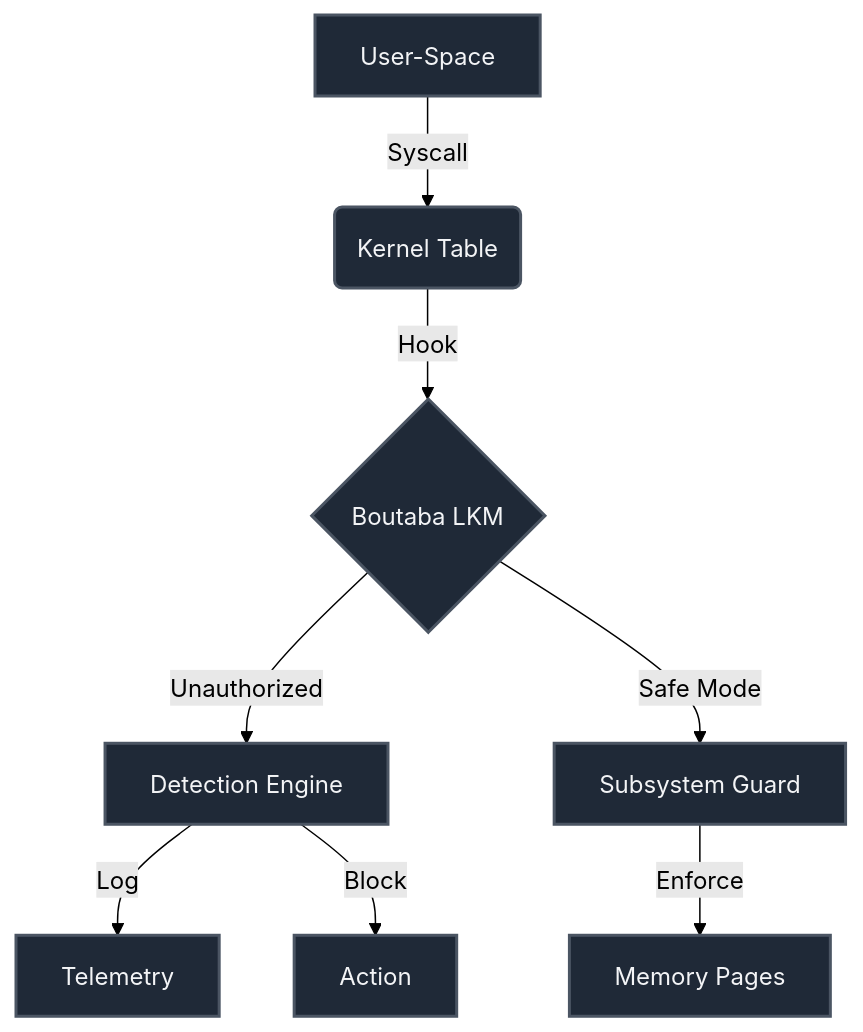
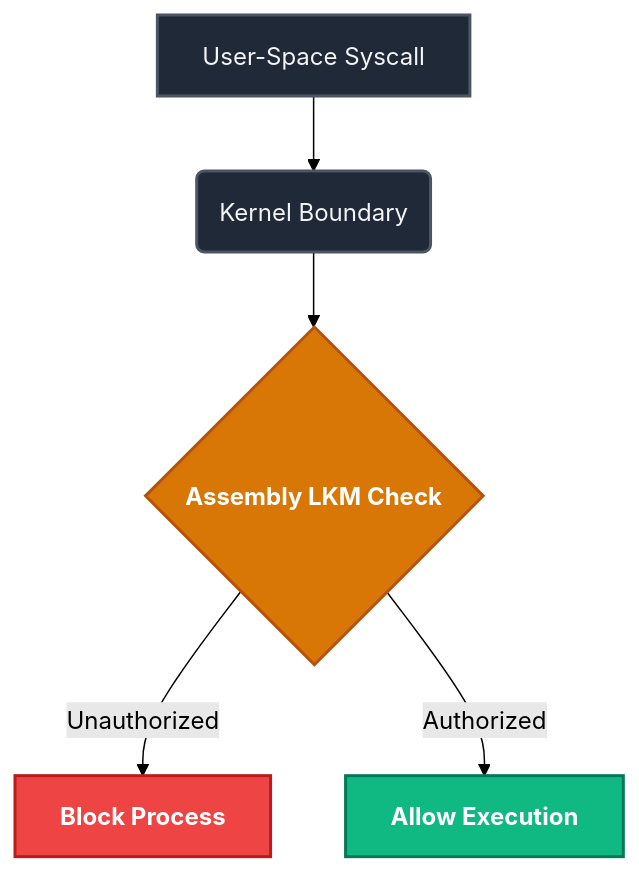
One commit to boutaba-motezeballah/linux-kernel-hardening changed the diagram in README.md. Above: the diagram before and after it, drawn with Mermaid (forest theme). The commit also changed other lines of this file, not shown here.

````diff
--- a/README.md
+++ b/README.md
@@ -10,12 +9,16 @@
 ```mermaid
 graph TD
     classDef default fill:#1f2937,stroke:#4b5563,stroke-width:2px,color:#f3f4f6;
-    
-    A[User-Space] -->|Syscall| B(Kernel Table)
-    B -->|Hook| C{Boutaba LKM}
-    C -->|Unauthorized| D[Detection Engine]
-    C -->|Safe Mode| E[Subsystem Guard]
-    D -->|Log| F[Telemetry]
-    D -->|Block| G[Action]
-    E -->|Enforce| H[Memory Pages]
+    classDef logic fill:#d97706,stroke:#b45309,stroke-width:2px,color:#fff,font-weight:bold;
+    classDef action fill:#ef4444,stroke:#b91c1c,stroke-width:2px,color:#fff,font-weight:bold;
+    classDef secure fill:#10b981,stroke:#047857,stroke-width:2px,color:#fff,font-weight:bold;
+
+    A[User-Space Syscall] --> B(Kernel Boundary)
+    B --> C{Assembly LKM Check}
+    C -->|Unauthorized| D[Block Process]
+    C -->|Authorized| E[Allow Execution]
+
+    class C logic;
+    class D action;
+    class E secure;
 ```
````
